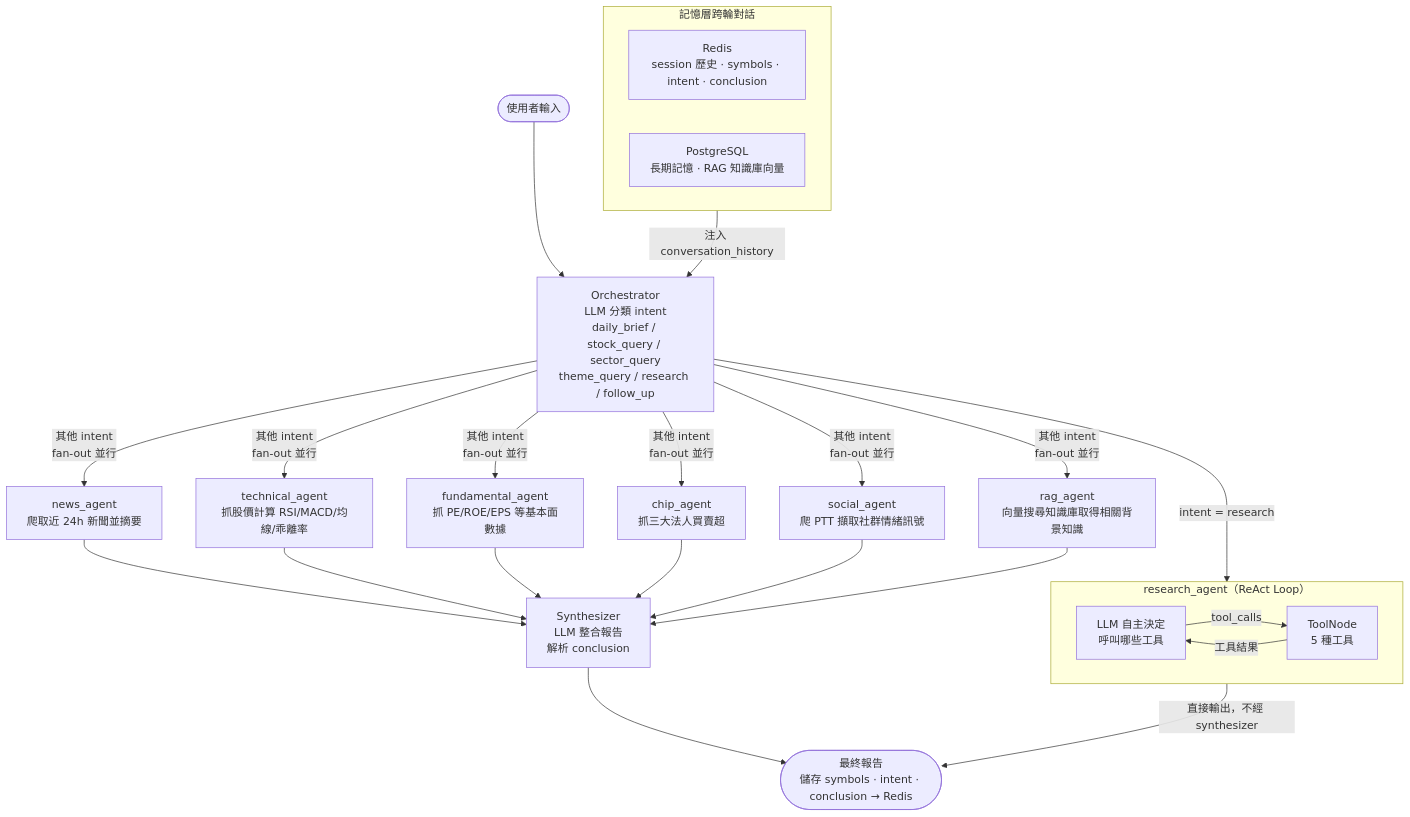
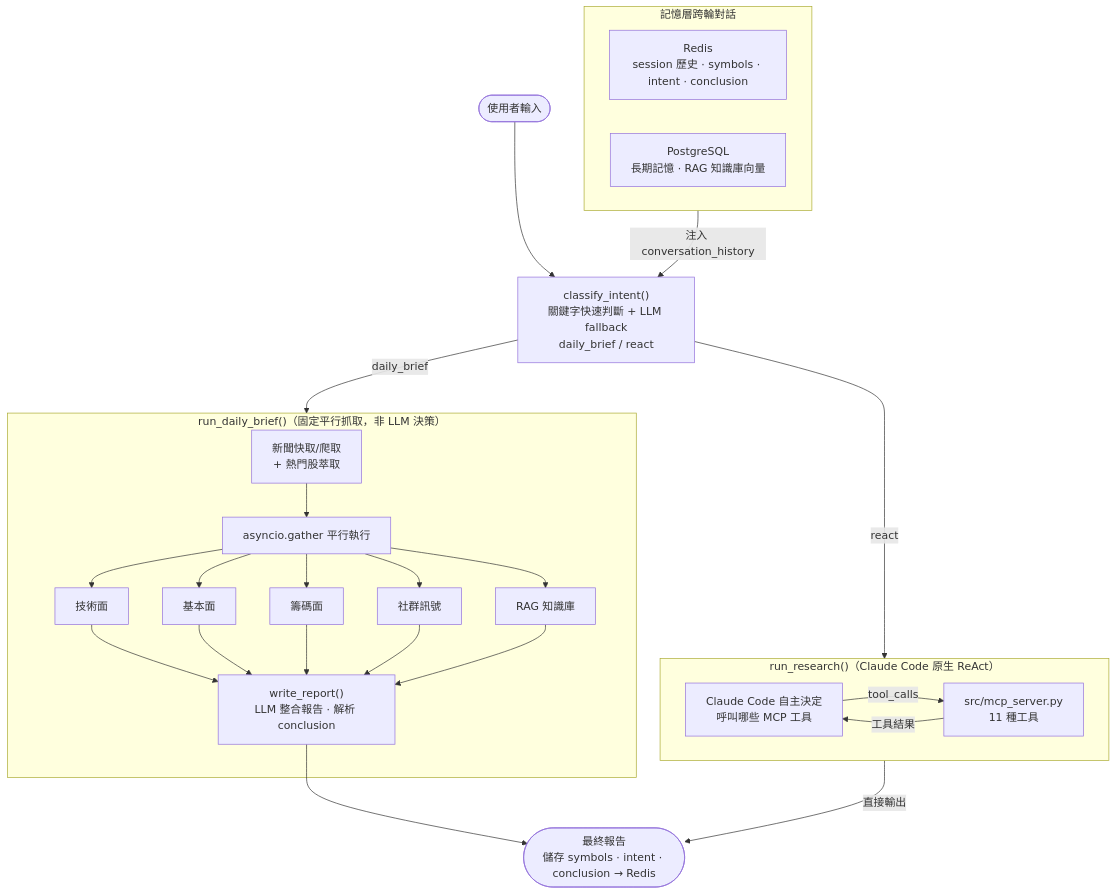
One commit to carterwu1120/market-agent changed the diagram in README.md. Above: the diagram before and after it, drawn with Mermaid. The commit also changed other lines of this file and 22 other files, not shown here.

First line of the commit message:
﻿refactor: drop LangGraph, split into deterministic daily_brief + Claude Code react

````diff
--- a/README.md
+++ b/README.md
@@ -35,35 +31,30 @@
 ```mermaid
 flowchart TD
     subgraph MEM["記憶層跨輪對話"]
         REDIS["Redis\nsession 歷史 · symbols · intent · conclusion"]
         PG["PostgreSQL\n長期記憶 · RAG 知識庫向量"]
     end
 
-    USER([使用者輸入]) --> ORCH
+    USER([使用者輸入]) --> CLS
 
-    MEM -->|注入 conversation_history| ORCH
+    MEM -->|注入 conversation_history| CLS
 
-    ORCH["Orchestrator\nLLM 分類 intent\ndaily_brief / stock_query / sector_query\ntheme_query / research / follow_up"]
+    CLS["classify_intent()\n關鍵字快速判斷 + LLM fallback\ndaily_brief / react"]
 
-    ORCH -->|intent = research| RA
-    ORCH -->|其他 intent\nfan-out 並行| NA & TA & FA & CA & SA & RAGA
+    CLS -->|react| RA
+    CLS -->|daily_brief| DB
 
-    subgraph RA["research_agent（ReAct Loop）"]
-        LLM_R["LLM 自主決定\n呼叫哪些工具"] -->|tool_calls| TN["ToolNode\n5 種工具"]
-        TN -->|工具結果| LLM_R
+    subgraph RA["run_research()（Claude Code 原生 ReAct）"]
+        LLM_R["Claude Code 自主決定\n呼叫哪些 MCP 工具"] -->|tool_calls| MCP["src/mcp_server.py\n11 種工具"]
+        MCP -->|工具結果| LLM_R
     end
 
-    NA["news_agent\n爬取近 24h 新聞並摘要"]
-    TA["technical_agent\n抓股價計算 RSI/MACD/均線/乖離率"]
-    FA["fundamental_agent\n抓 PE/ROE/EPS 等基本面數據"]
-    CA["chip_agent\n抓三大法人買賣超"]
-    SA["social_agent\n爬 PTT 擷取社群情緒訊號"]
-    RAGA["rag_agent\n向量搜尋知識庫取得相關背景知識"]
+    subgraph DB["run_daily_brief()（固定平行抓取，非 LLM 決策）"]
+        NEWS["新聞快取/爬取\n+ 熱門股萃取"] --> FANOUT
+        FANOUT["asyncio.gather 平行執行"] --> TA["技術面"] & FA["基本面"] & CA["籌碼面"] & SA["社群訊號"] & RAGA["RAG 知識庫"]
+        TA & FA & CA & SA & RAGA --> SYN["write_report()\nLLM 整合報告 · 解析 conclusion"]
+    end
 
-    NA & TA & FA & CA & SA & RAGA --> SYN
-
-    SYN["Synthesizer\nLLM 整合報告\n解析 conclusion"]
-
-    RA -->|直接輸出，不經 synthesizer| END([最終報告\n儲存 symbols · intent · conclusion → Redis])
+    RA -->|直接輸出| END([最終報告\n儲存 symbols · intent · conclusion → Redis])
     SYN --> END
 ```
````
